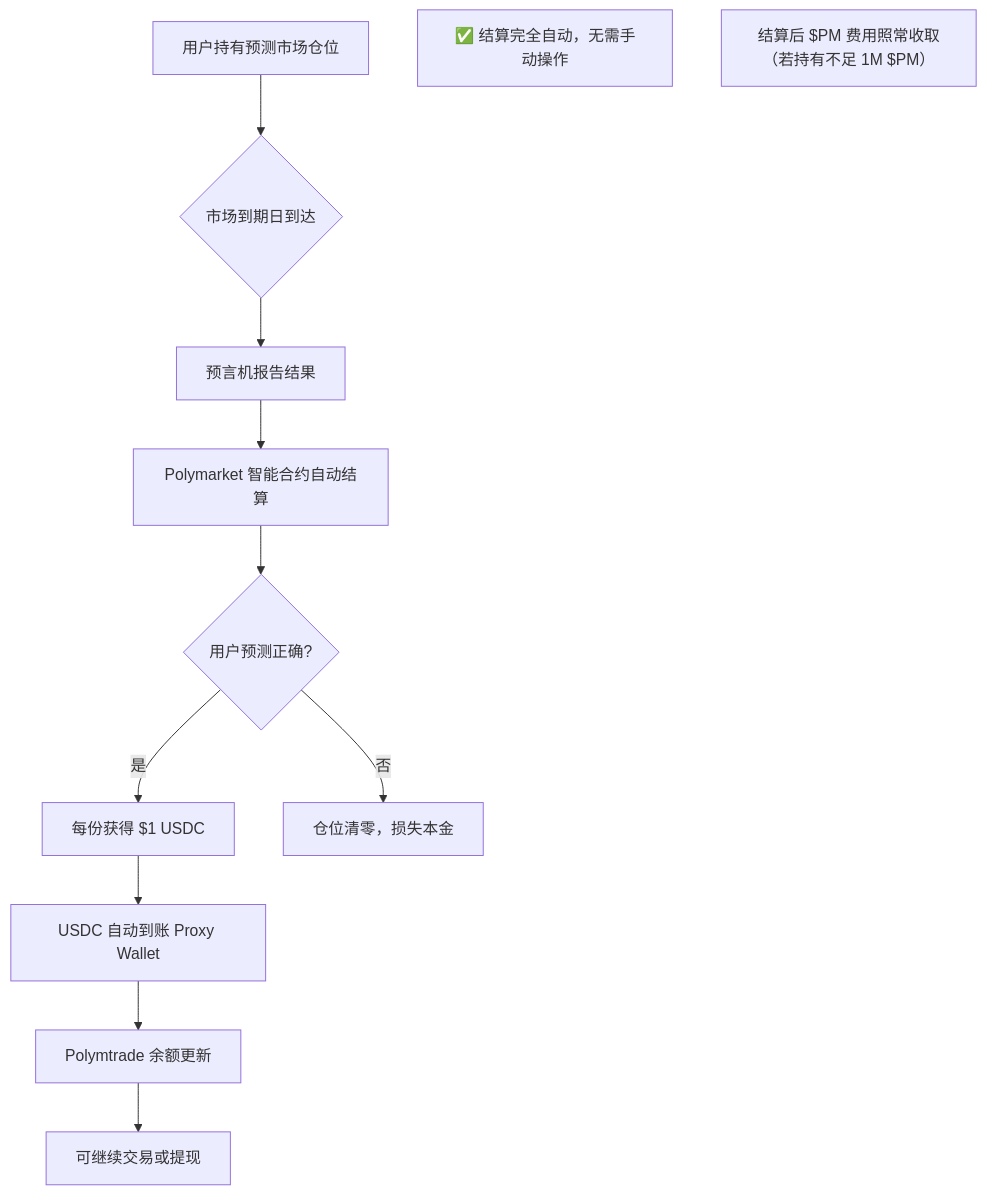
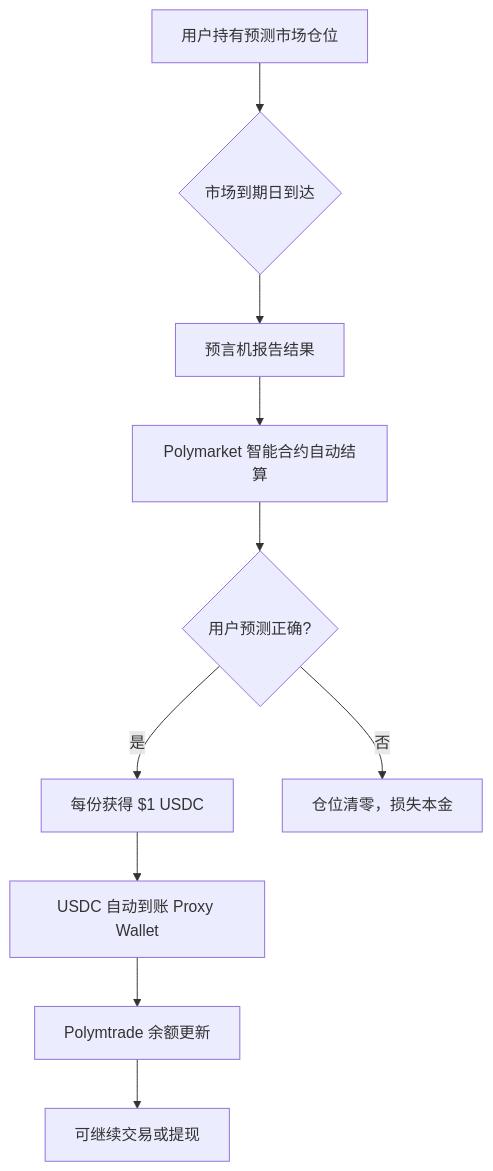
One commit to survivorff/polymarket_research changed the sixth of 14 diagrams in research/03_polymtrade/analysis.md. Above: the diagram before and after it, drawn with Mermaid. The commit also changed other lines of this file and 11 other files, not shown here.

First line of the commit message:
修复所有 Mermaid 语法错误，确保流程图可正常渲染

````diff
--- a/research/03_polymtrade/analysis.md
+++ b/research/03_polymtrade/analysis.md
@@ -173,14 +173,14 @@
 ```mermaid
 flowchart TD
     A[用户持有预测市场仓位] --> B{市场到期日到达}
     B --> C[预言机报告结果]
     C --> D[Polymarket 智能合约自动结算]
     D --> E{用户预测正确?}
     E -->|是| F[每份获得 $1 USDC]
     E -->|否| G[仓位清零，损失本金]
     F --> H[USDC 自动到账 Proxy Wallet]
     H --> I[Polymtrade 余额更新]
     I --> J[可继续交易或提现]
-    note1[✅ 结算完全自动，无需手动操作]
-    note2[结算后 $PM 费用照常收取（若持有不足 1M $PM）]
+    %% 注: ✅ 结算完全自动，无需手动操作
+    %% 注: 结算后 $PM 费用照常收取（若持有不足 1M $PM）
 ```
````
